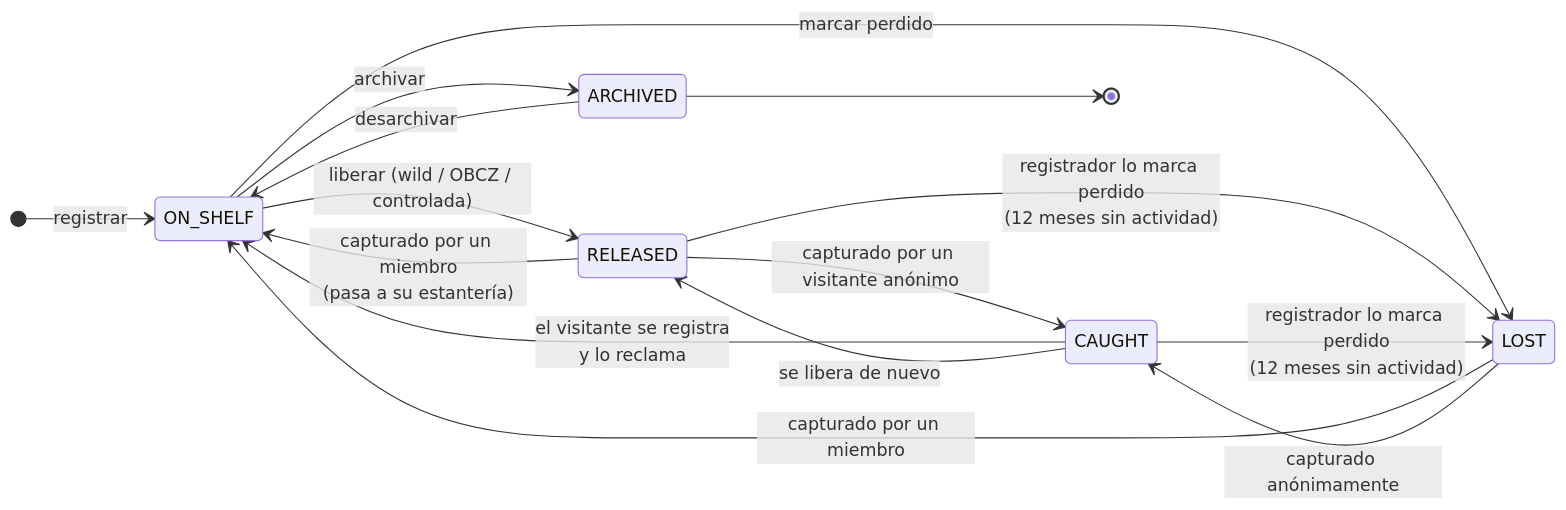
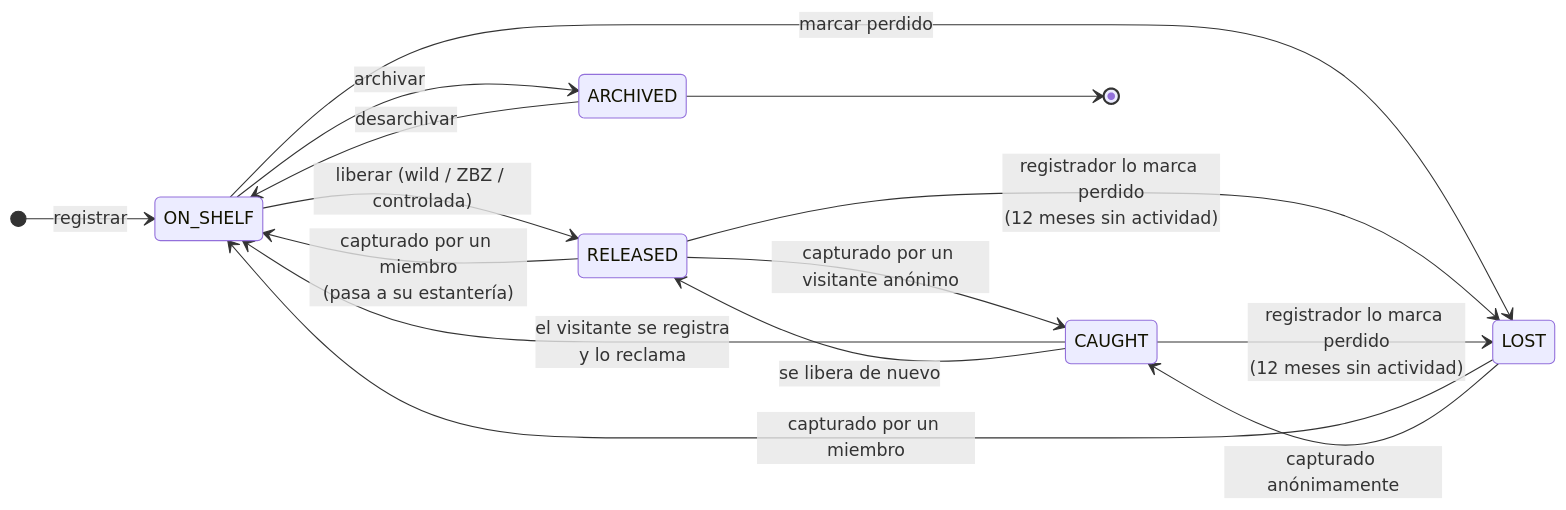
One commit to zStrikke/zBooks changed the diagram in docs/diagramas/03-estados-ejemplar.md. Above: the diagram before and after it, drawn with Mermaid. The commit also changed other lines of this file and 10 other files, not shown here.

````diff
--- a/docs/diagramas/03-estados-ejemplar.md
+++ b/docs/diagramas/03-estados-ejemplar.md
@@ -3,23 +3,23 @@
 ```mermaid
 stateDiagram-v2
     direction LR
     [*] --> ON_SHELF : registrar
 
-    ON_SHELF --> RELEASED : liberar (wild / OBCZ / controlada)
+    ON_SHELF --> RELEASED : liberar (wild / ZBZ / controlada)
     ON_SHELF --> ARCHIVED : archivar
     ON_SHELF --> LOST : marcar perdido
 
     RELEASED --> ON_SHELF : capturado por un miembro<br/>(pasa a su estantería)
     RELEASED --> CAUGHT : capturado por un visitante anónimo
     RELEASED --> LOST : registrador lo marca perdido<br/>(12 meses sin actividad)
 
     CAUGHT --> ON_SHELF : el visitante se registra<br/>y lo reclama
     CAUGHT --> RELEASED : se libera de nuevo
     CAUGHT --> LOST : registrador lo marca perdido<br/>(12 meses sin actividad)
 
     LOST --> ON_SHELF : capturado por un miembro
     LOST --> CAUGHT : capturado anónimamente
 
     ARCHIVED --> ON_SHELF : desarchivar
     ARCHIVED --> [*]
 ```
````
